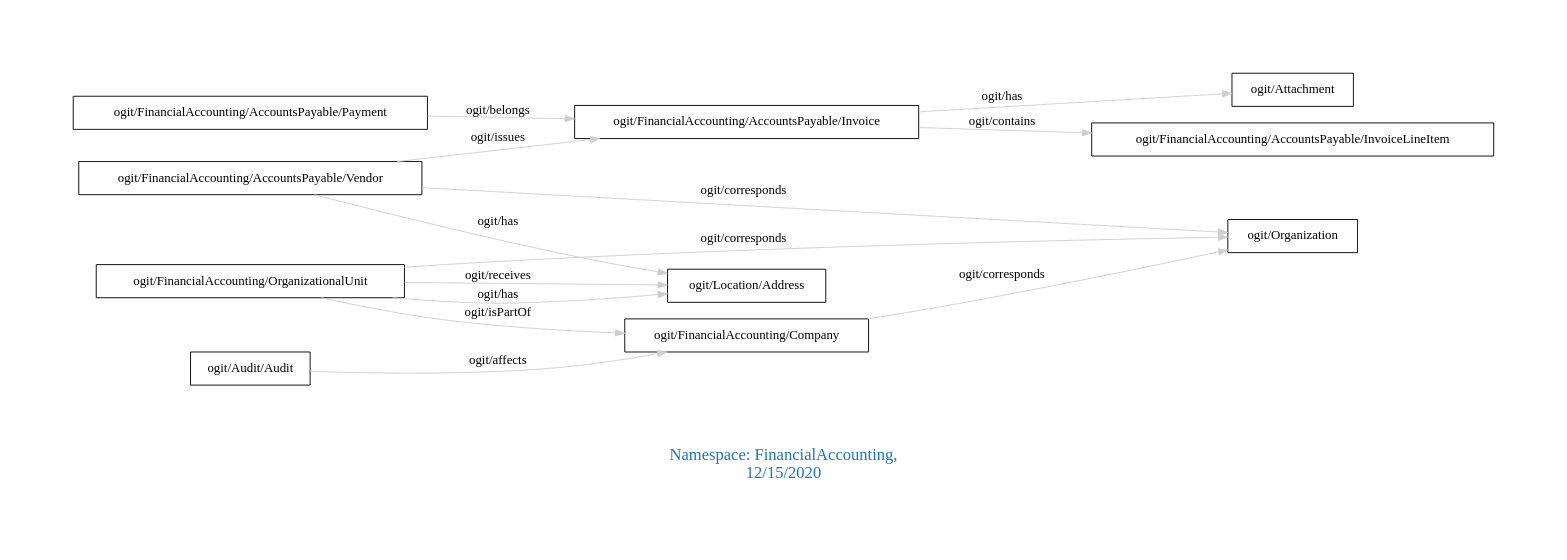
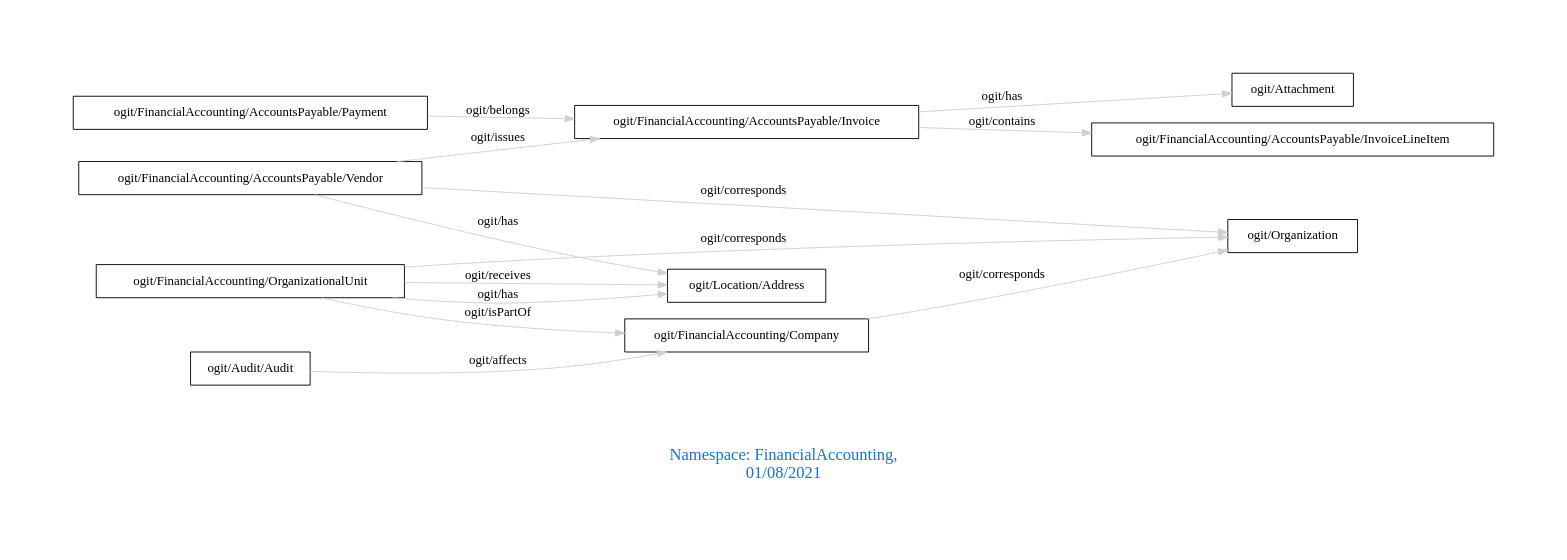
One commit to arago/OGIT changed the diagram in downloads/FinancialAccounting.dot. Above: the diagram before and after it, drawn with Graphviz. The commit also changed 1837 other files, not shown here.

```diff
--- a/downloads/FinancialAccounting.dot
+++ b/downloads/FinancialAccounting.dot
@@ -1,20 +1,20 @@
 digraph OGIT_ontology {
  graph [ rankdir= LR,pad=1 
 fontsize = 18,
-fontcolor= dodgerblue3,label = "\n\n\nNamespace: FinancialAccounting, \n 12/15/2020"];
+fontcolor= dodgerblue3,label = "\n\n\nNamespace: FinancialAccounting, \n 01/08/2021"];
 node[shape=polygon];
 edge [  color="gray81"];
 
    "ogit/FinancialAccounting/AccountsPayable/Invoice" -> "ogit/FinancialAccounting/AccountsPayable/InvoiceLineItem" [label="   ogit/contains    "];
    "ogit/FinancialAccounting/AccountsPayable/Vendor" -> "ogit/Organization" [label="   ogit/corresponds    "];
    "ogit/FinancialAccounting/Company" -> "ogit/Organization" [label="   ogit/corresponds    "];
    "ogit/FinancialAccounting/OrganizationalUnit" -> "ogit/Organization" [label="   ogit/corresponds    "];
    "ogit/FinancialAccounting/AccountsPayable/Vendor" -> "ogit/FinancialAccounting/AccountsPayable/Invoice" [label="   ogit/issues    "];
    "ogit/Audit/Audit" -> "ogit/FinancialAccounting/Company" [label="   ogit/affects    "];
    "ogit/FinancialAccounting/AccountsPayable/Payment" -> "ogit/FinancialAccounting/AccountsPayable/Invoice" [label="   ogit/belongs    "];
    "ogit/FinancialAccounting/OrganizationalUnit" -> "ogit/Location/Address" [label="   ogit/receives    "];
    "ogit/FinancialAccounting/AccountsPayable/Invoice" -> "ogit/Attachment" [label="   ogit/has    "];
    "ogit/FinancialAccounting/AccountsPayable/Vendor" -> "ogit/Location/Address" [label="   ogit/has    "];
    "ogit/FinancialAccounting/OrganizationalUnit" -> "ogit/Location/Address" [label="   ogit/has    "];
    "ogit/FinancialAccounting/OrganizationalUnit" -> "ogit/FinancialAccounting/Company" [label="   ogit/isPartOf    "];
 }
```
